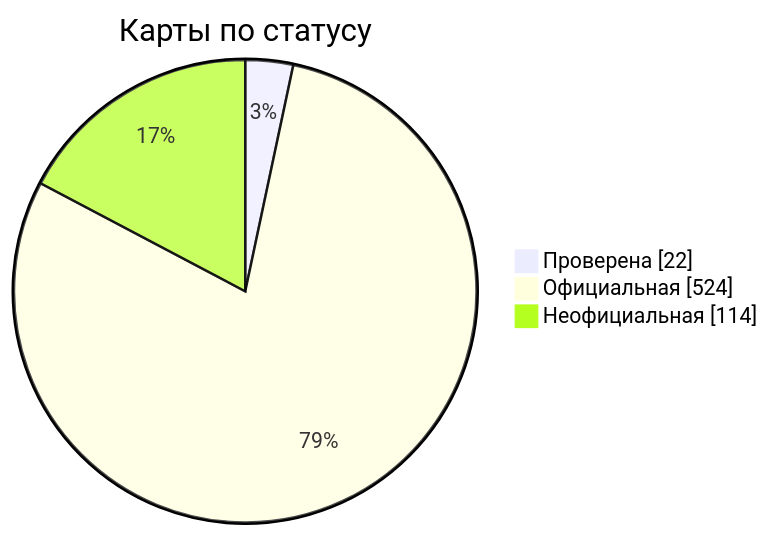
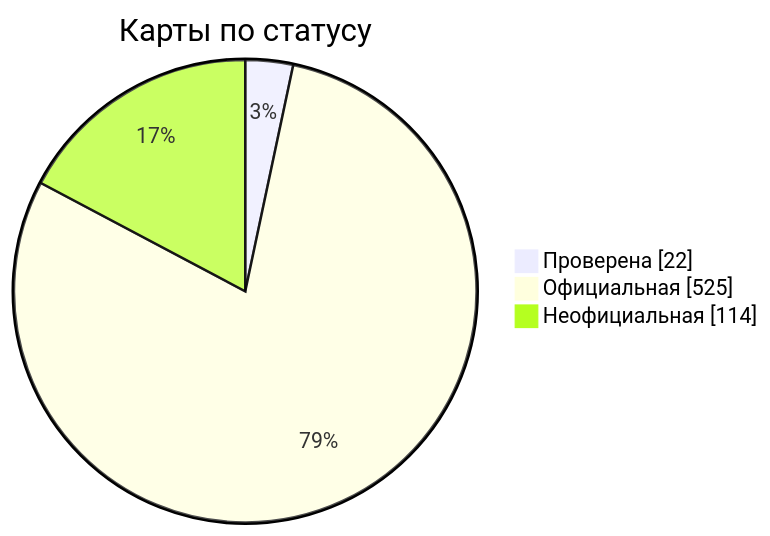
The diagram in docs/readme/README_RU.md (nobrega8/mbmap-library), drawn with Mermaid before and after one commit. The commit also changed 7 other files, not shown here.

````diff
--- a/docs/readme/README_RU.md
+++ b/docs/readme/README_RU.md
@@ -54,7 +54,7 @@
 ```mermaid
 pie showData
     title Карты по статусу
     "Проверена" : 22
-    "Официальная" : 524
+    "Официальная" : 525
     "Неофициальная" : 114
 ```
````
